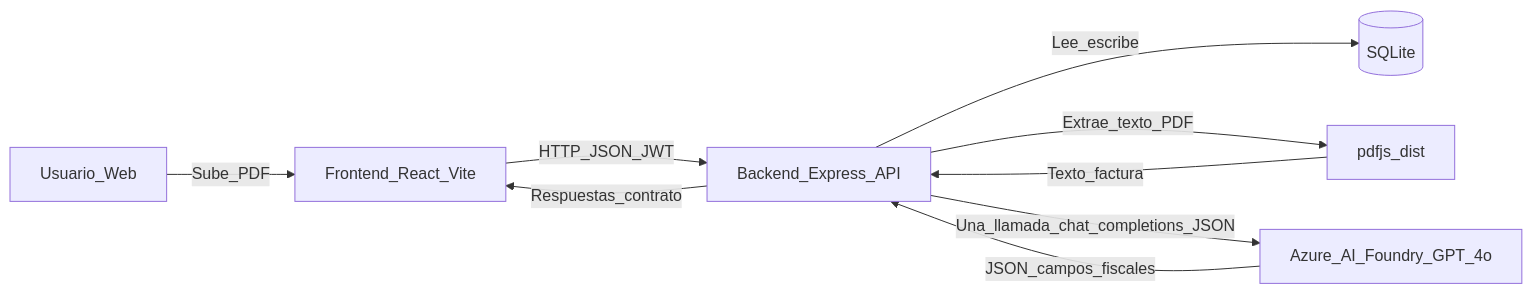
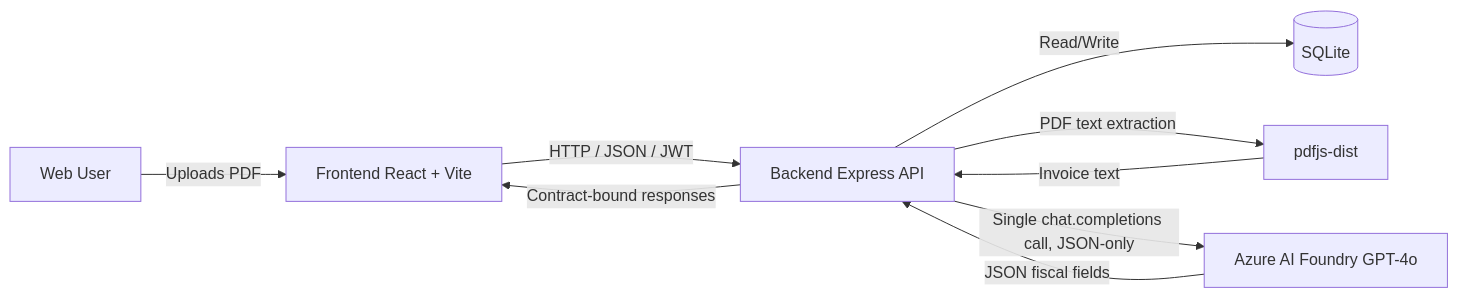
Before and after one commit to JorgePulgar/ai-invoice-analyzer: the diagram in README.md, drawn with Mermaid. The commit also changed other lines of this file and 4 other files, not shown here.

````diff
--- a/README.md
+++ b/README.md
@@ -24,11 +42,11 @@
 ```mermaid
 flowchart LR
-  Usuario[Usuario_Web] -->|Sube_PDF| Frontend[Frontend_React_Vite]
-  Frontend -->|HTTP_JSON_JWT| Backend[Backend_Express_API]
-  Backend -->|Lee_escribe| SQLite[(SQLite)]
-  Backend -->|Extrae_texto_PDF| PdfParse[pdfjs_dist]
-  PdfParse -->|Texto_factura| Backend
-  Backend -->|Una_llamada_chat_completions_JSON| Azure[Azure_AI_Foundry_GPT_4o]
-  Azure -->|JSON_campos_fiscales| Backend
-  Backend -->|Respuestas_contrato| Frontend
+  User[Web User] -->|Uploads PDF| Frontend[Frontend React + Vite]
+  Frontend -->|HTTP / JSON / JWT| Backend[Backend Express API]
+  Backend -->|Read/Write| SQLite[(SQLite)]
+  Backend -->|PDF text extraction| PdfParse[pdfjs-dist]
+  PdfParse -->|Invoice text| Backend
+  Backend -->|Single chat.completions call, JSON-only| Azure[Azure AI Foundry GPT-4o]
+  Azure -->|JSON fiscal fields| Backend
+  Backend -->|Contract-bound responses| Frontend
 ```
````
